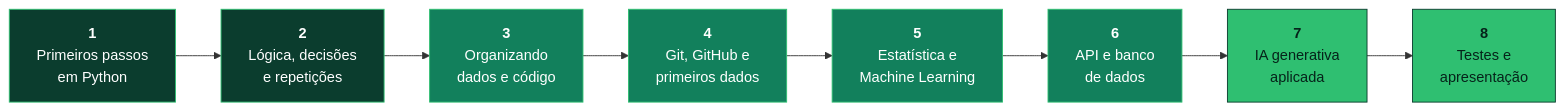
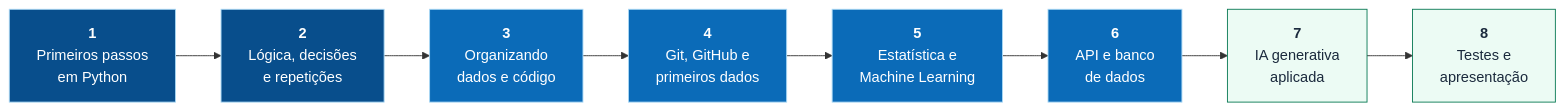
One commit to Projetar-Solucoes/.github changed the diagram in profile/README.md. Above: the diagram before and after it, drawn with Mermaid. The commit also changed other lines of this file, not shown here.

````diff
--- a/profile/README.md
+++ b/profile/README.md
@@ -30,17 +30,17 @@
 ```mermaid
 flowchart LR
     S1["<b>1</b><br/>Primeiros passos<br/>em Python"] --> S2["<b>2</b><br/>Lógica, decisões<br/>e repetições"]
     S2 --> S3["<b>3</b><br/>Organizando<br/>dados e código"]
     S3 --> S4["<b>4</b><br/>Git, GitHub e<br/>primeiros dados"]
     S4 --> S5["<b>5</b><br/>Estatística e<br/>Machine Learning"]
     S5 --> S6["<b>6</b><br/>API e banco<br/>de dados"]
     S6 --> S7["<b>7</b><br/>IA generativa<br/>aplicada"]
     S7 --> S8["<b>8</b><br/>Testes e<br/>apresentação"]
 
-    classDef base  fill:#0B3D2E,stroke:#2FBF71,stroke-width:1px,color:#ffffff
-    classDef meio  fill:#12805C,stroke:#2FBF71,stroke-width:1px,color:#ffffff
-    classDef fim   fill:#2FBF71,stroke:#0B3D2E,stroke-width:1px,color:#06231a
+    classDef base  fill:#084e8c,stroke:#a9d8f5,stroke-width:1px,color:#ffffff
+    classDef meio  fill:#0b6bb8,stroke:#a9d8f5,stroke-width:1px,color:#ffffff
+    classDef fim   fill:#ecfbf4,stroke:#0b7a55,stroke-width:1px,color:#1b2a3d
     class S1,S2 base
     class S3,S4,S5,S6 meio
     class S7,S8 fim
 ```
````
